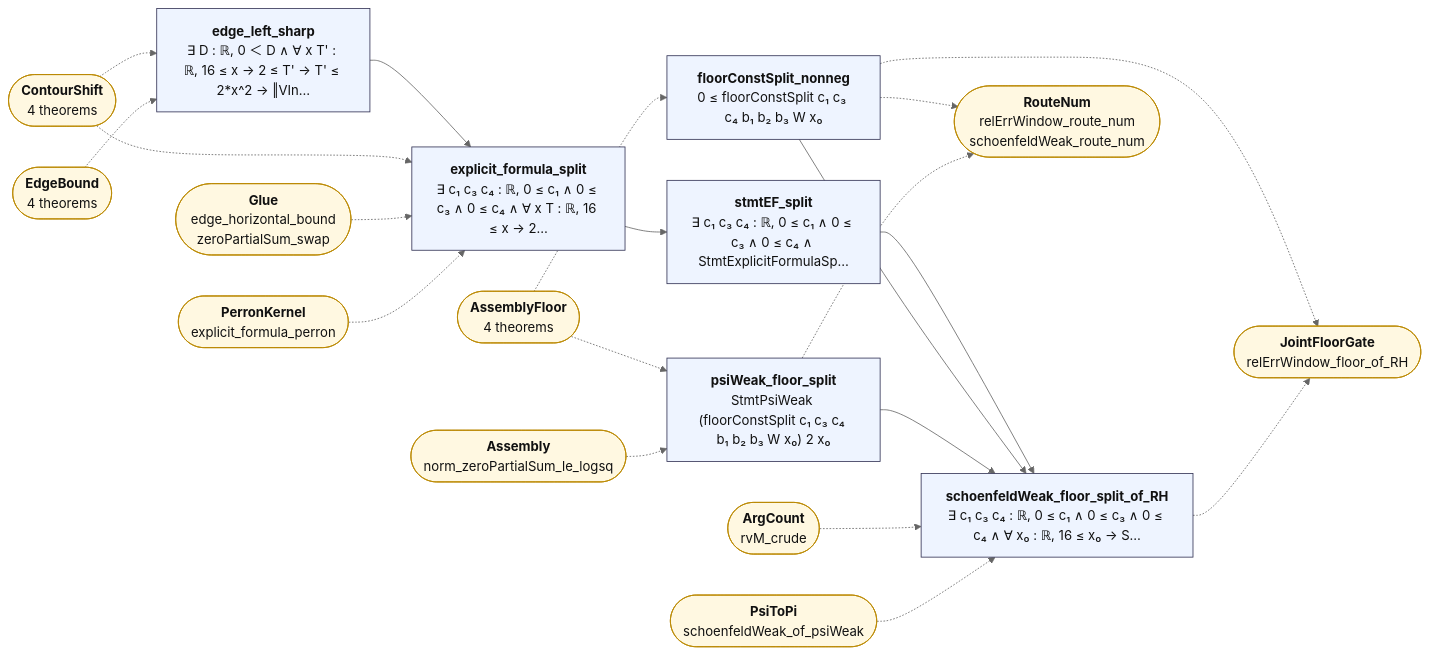
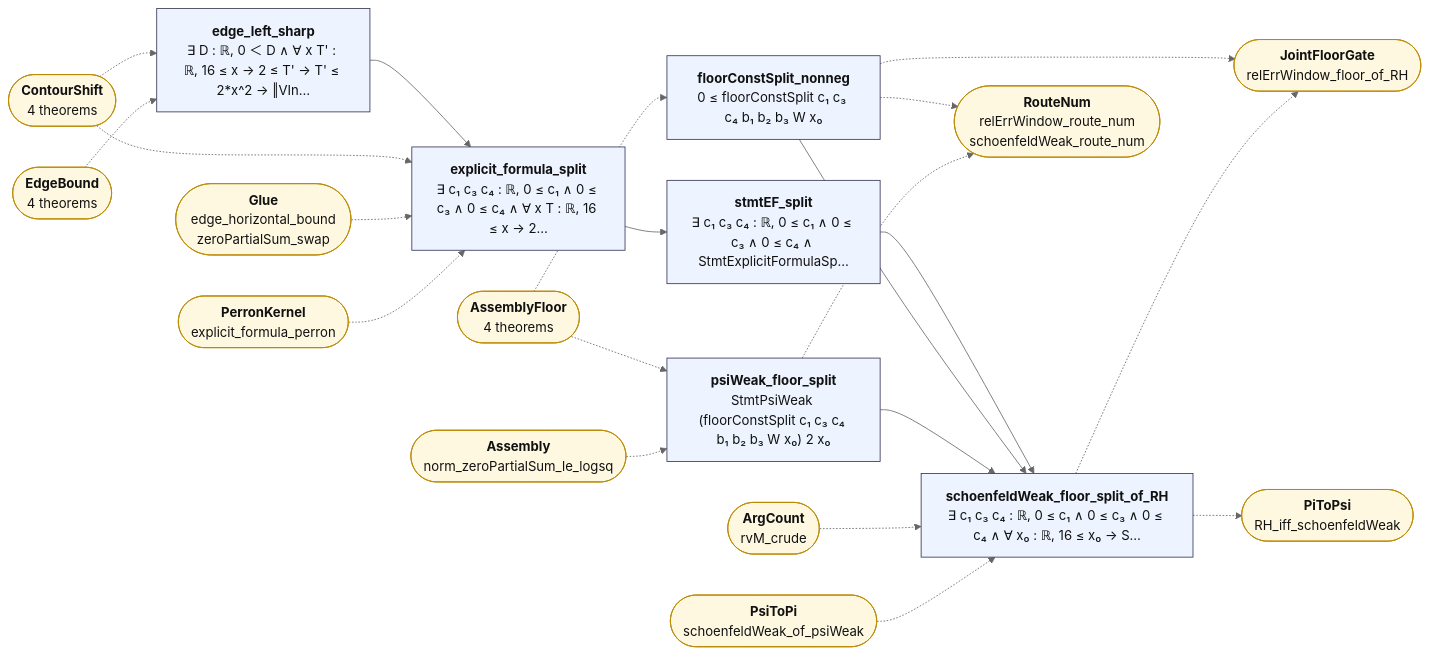
The diagram in map/lean_stage3/GlueFloor.md (juliansambranojr/Primebeat_081426), drawn with Mermaid (neutral theme) before and after one commit. The commit also changed other lines of this file and 54 other files, not shown here.

First line of the commit message:
PiToPsi.lean, CellResidual.lean: RH holds exactly when every cell's residual, on every dyadic ladder, stays at square-root size (RH_iff_cells); RH is the square-root bound on pi minus Li (RH_iff_schoenfeldWeak); forward on the table itself (table_cell_resid); joint T5 SEALED; units 0427, 0428 logged

````diff
--- a/map/lean_stage3/GlueFloor.md
+++ b/map/lean_stage3/GlueFloor.md
@@ -12,43 +12,45 @@
 ```mermaid
 flowchart LR
   n0["<b>edge_left_sharp</b><br/>∃ D : ℝ, 0 ＜ D ∧ ∀ x T' : ℝ, 16 ≤ x → 2 ≤ T' → T' ≤ 2*x^2 → ‖VIn…"]:::thm
   n1["<b>explicit_formula_split</b><br/>∃ c₁ c₃ c₄ : ℝ, 0 ≤ c₁ ∧ 0 ≤ c₃ ∧ 0 ≤ c₄ ∧ ∀ x T : ℝ, 16 ≤ x → 2…"]:::thm
   n2["<b>stmtEF_split</b><br/>∃ c₁ c₃ c₄ : ℝ, 0 ≤ c₁ ∧ 0 ≤ c₃ ∧ 0 ≤ c₄ ∧ StmtExplicitFormulaSp…"]:::thm
   n3["<b>floorConstSplit_nonneg</b><br/>0 ≤ floorConstSplit c₁ c₃ c₄ b₁ b₂ b₃ W x₀"]:::thm
   n4["<b>psiWeak_floor_split</b><br/>StmtPsiWeak (floorConstSplit c₁ c₃ c₄ b₁ b₂ b₃ W x₀) 2 x₀"]:::thm
   n5["<b>schoenfeldWeak_floor_split_of_RH</b><br/>∃ c₁ c₃ c₄ : ℝ, 0 ≤ c₁ ∧ 0 ≤ c₃ ∧ 0 ≤ c₄ ∧ ∀ x₀ : ℝ, 16 ≤ x₀ → S…"]:::thm
   x0(["<b>ContourShift</b><br/>4 theorems"]):::ext
   x1(["<b>EdgeBound</b><br/>4 theorems"]):::ext
   x2(["<b>Glue</b><br/>edge_horizontal_bound<br/>zeroPartialSum_swap"]):::ext
   x3(["<b>PerronKernel</b><br/>explicit_formula_perron"]):::ext
   x4(["<b>AssemblyFloor</b><br/>4 theorems"]):::ext
   x5(["<b>JointFloorGate</b><br/>relErrWindow_floor_of_RH"]):::ext
   x6(["<b>RouteNum</b><br/>relErrWindow_route_num<br/>schoenfeldWeak_route_num"]):::ext
   x7(["<b>Assembly</b><br/>norm_zeroPartialSum_le_logsq"]):::ext
   x8(["<b>ArgCount</b><br/>rvM_crude"]):::ext
   x9(["<b>PsiToPi</b><br/>schoenfeldWeak_of_psiWeak"]):::ext
+  x10(["<b>PiToPsi</b><br/>RH_iff_schoenfeldWeak"]):::ext
   n0 --> n1
   n1 --> n2
   n2 --> n5
   n3 --> n5
   n4 --> n5
   n3 -.-> x5
   n3 -.-> x6
   n4 -.-> x6
+  n5 -.-> x10
   n5 -.-> x5
   x0 -.-> n0
   x0 -.-> n1
   x1 -.-> n0
   x2 -.-> n1
   x3 -.-> n1
   x4 -.-> n3
   x4 -.-> n4
   x7 -.-> n4
   x8 -.-> n5
   x9 -.-> n5
   classDef thm fill:#eef4ff,stroke:#335,color:#111
   classDef end_ fill:#e7f7e7,stroke:#2a7,color:#111,stroke-width:2px
   classDef lone fill:#fff,stroke:#999,color:#111,stroke-dasharray:4 3
   classDef bad fill:#ffe5e5,stroke:#c22,color:#111,stroke-width:2px
   classDef ext fill:#fff8e1,stroke:#b80,color:#111
 ```
````
